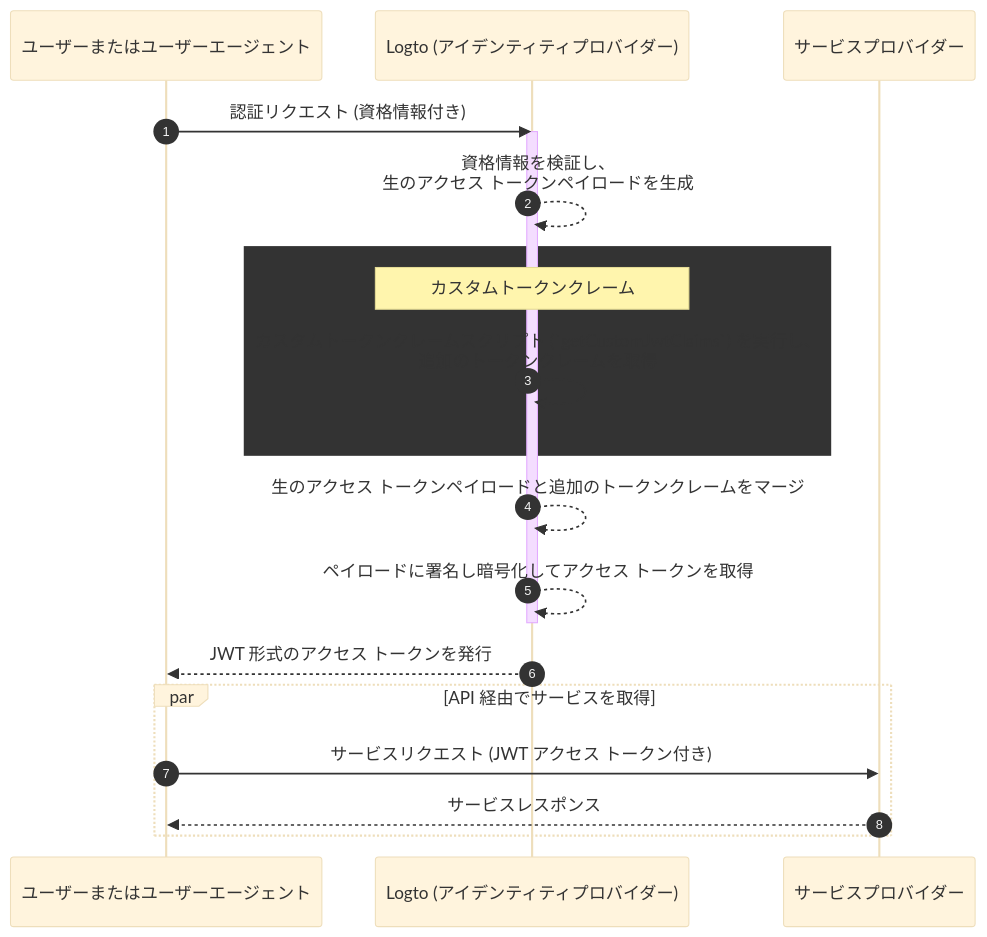
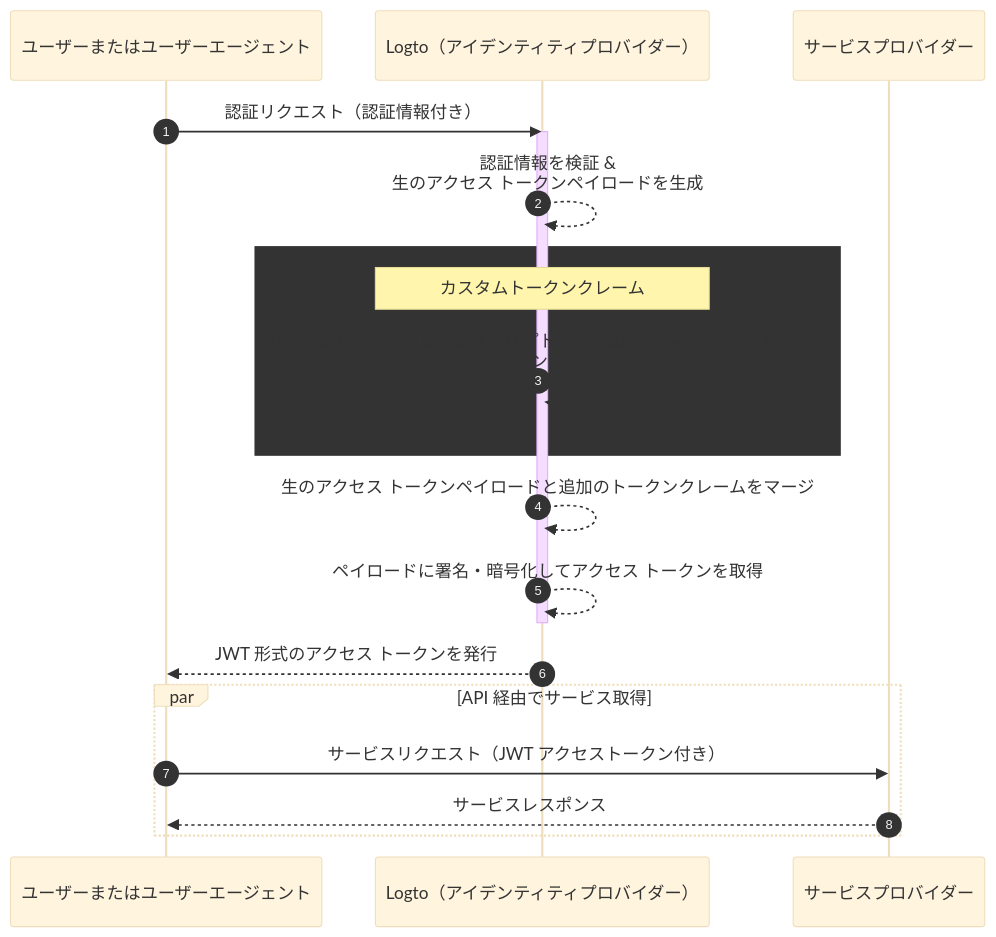
The diagram in i18n/ja/docusaurus-plugin-content-docs/current/developers/custom-token-claims/README.mdx (logto-io/docs), drawn with Mermaid (base theme) before and after one commit. The commit also changed other lines of this file and 580 other files, not shown here.

````diff
--- a/i18n/ja/docusaurus-plugin-content-docs/current/developers/custom-token-claims/README.mdx
+++ b/i18n/ja/docusaurus-plugin-content-docs/current/developers/custom-token-claims/README.mdx
@@ -26,23 +26,23 @@
 ```mermaid
 sequenceDiagram
   participant U as ユーザーまたはユーザーエージェント
-  participant IdP as Logto (アイデンティティプロバイダー)
+  participant IdP as Logto（アイデンティティプロバイダー）
   participant SP as サービスプロバイダー
 
   autonumber
-  U ->> IdP: 認証リクエスト (資格情報付き)
+  U ->> IdP: 認証リクエスト（認証情報付き）
   activate IdP
-  IdP-->>IdP: 資格情報を検証し、<br/>生のアクセス トークンペイロードを生成
+  IdP-->>IdP: 認証情報を検証 &<br/>生のアクセス トークンペイロードを生成
   rect var(--mermaid-rect-fill)
   note over IdP: カスタムトークンクレーム
-  IdP->>IdP: カスタムトークンクレームスクリプト (`getCustomJwtClaims`) を実行し、<br/>追加のトークンクレームを取得
+  IdP->>IdP: カスタムトークンクレームスクリプト（`getCustomJwtClaims`）を実行 &<br/>追加のトークンクレームを取得
   end
   IdP-->>IdP: 生のアクセス トークンペイロードと追加のトークンクレームをマージ
-  IdP-->>IdP: ペイロードに署名し暗号化してアクセス トークンを取得
+  IdP-->>IdP: ペイロードに署名・暗号化してアクセス トークンを取得
   deactivate IdP
   IdP-->>U: JWT 形式のアクセス トークンを発行
-  par API 経由でサービスを取得
-  U->>SP: サービスリクエスト (JWT アクセス トークン付き)
+  par API 経由でサービス取得
+  U->>SP: サービスリクエスト（JWT アクセストークン付き）
   SP-->>U: サービスレスポンス
   end
 ```
````
